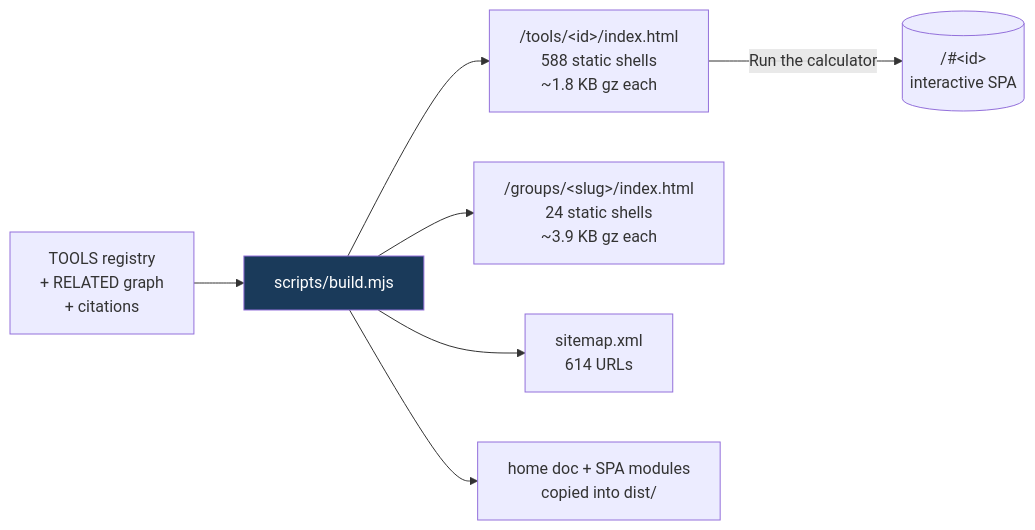
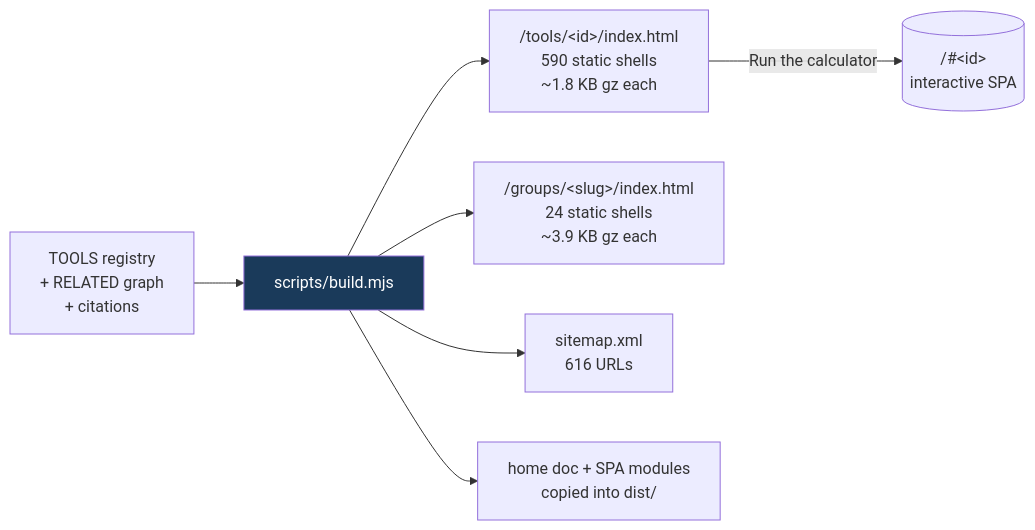
Before and after one commit to clay-good/roughlogic.com: the fifth of 8 diagrams in README.md, drawn with Mermaid. The commit also changed other lines of this file and 17 other files, not shown here.

````diff
--- a/README.md
+++ b/README.md
@@ -358,10 +360,10 @@
 ```mermaid
 flowchart LR
     SRC[TOOLS registry\n+ RELATED graph\n+ citations] --> BUILD[scripts/build.mjs]
-    BUILD --> TILE["/tools/&lt;id&gt;/index.html\n588 static shells\n~1.8 KB gz each"]
+    BUILD --> TILE["/tools/&lt;id&gt;/index.html\n590 static shells\n~1.8 KB gz each"]
     BUILD --> GROUP["/groups/&lt;slug&gt;/index.html\n24 static shells\n~3.9 KB gz each"]
-    BUILD --> MAP["sitemap.xml\n614 URLs"]
+    BUILD --> MAP["sitemap.xml\n616 URLs"]
     BUILD --> COPY[home doc + SPA modules\ncopied into dist/]
     TILE -->|Run the calculator| SPA[("/#&lt;id&gt;\ninteractive SPA")]
     style BUILD fill:#1a3a5a,color:#fff
 ```
````
